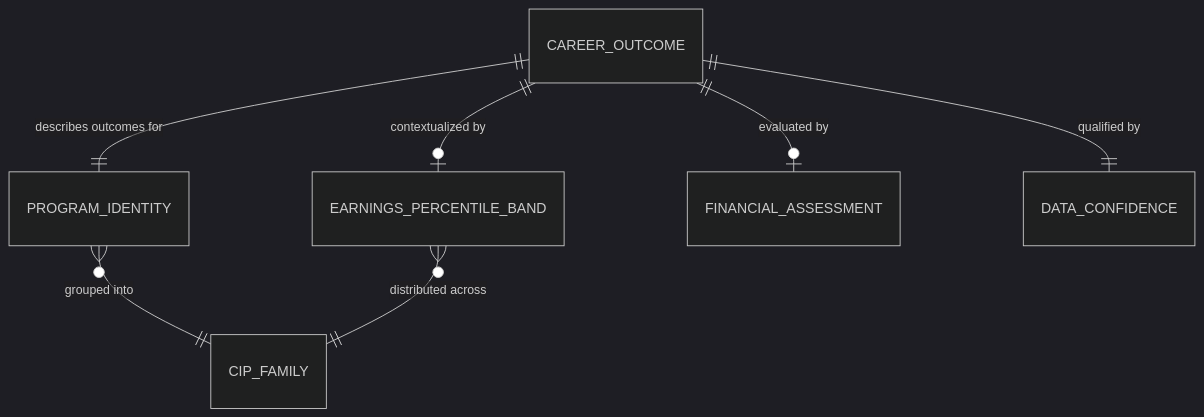
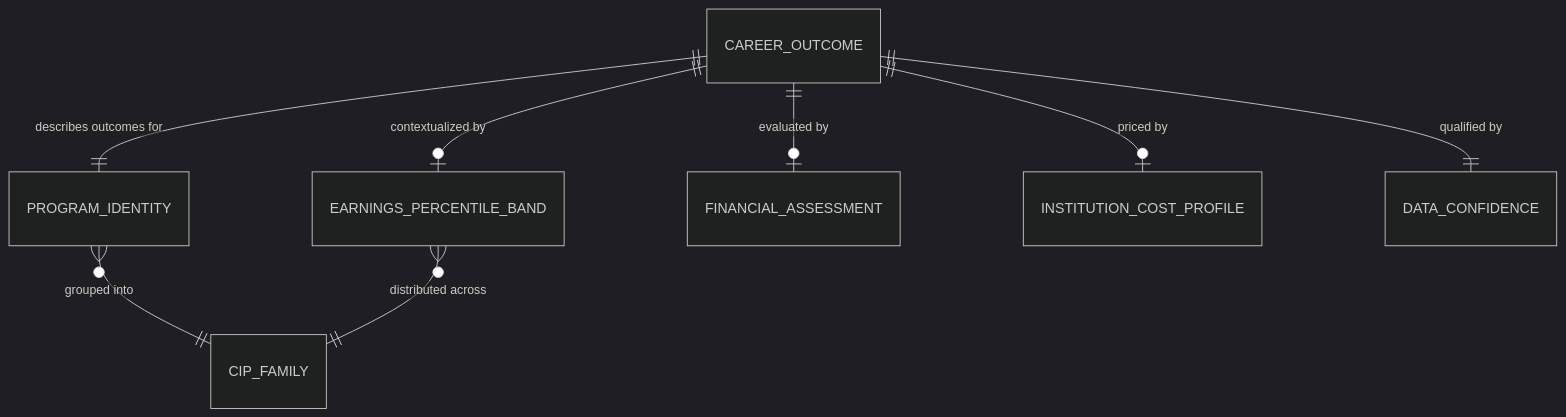
The diagram in governance/models/gold-career-outcomes-college-scorecard-conceptual.md (jcernauske/futureproof-data), drawn with Mermaid (dark theme) before and after one commit. The commit also changed other lines of this file and 13 other files, not shown here.

First line of the commit message:
feat: ingest College Scorecard institution data for cost-of-attendance pipeline

````diff
--- a/governance/models/gold-career-outcomes-college-scorecard-conceptual.md
+++ b/governance/models/gold-career-outcomes-college-scorecard-conceptual.md
@@ -15,9 +16,10 @@
 ```mermaid
 erDiagram
     CAREER_OUTCOME ||--|| PROGRAM_IDENTITY : "describes outcomes for"
     CAREER_OUTCOME ||--o| EARNINGS_PERCENTILE_BAND : "contextualized by"
     CAREER_OUTCOME ||--o| FINANCIAL_ASSESSMENT : "evaluated by"
+    CAREER_OUTCOME ||--o| INSTITUTION_COST_PROFILE : "priced by"
     CAREER_OUTCOME ||--|| DATA_CONFIDENCE : "qualified by"
     PROGRAM_IDENTITY }o--|| CIP_FAMILY : "grouped into"
     EARNINGS_PERCENTILE_BAND }o--|| CIP_FAMILY : "distributed across"
 ```
````
